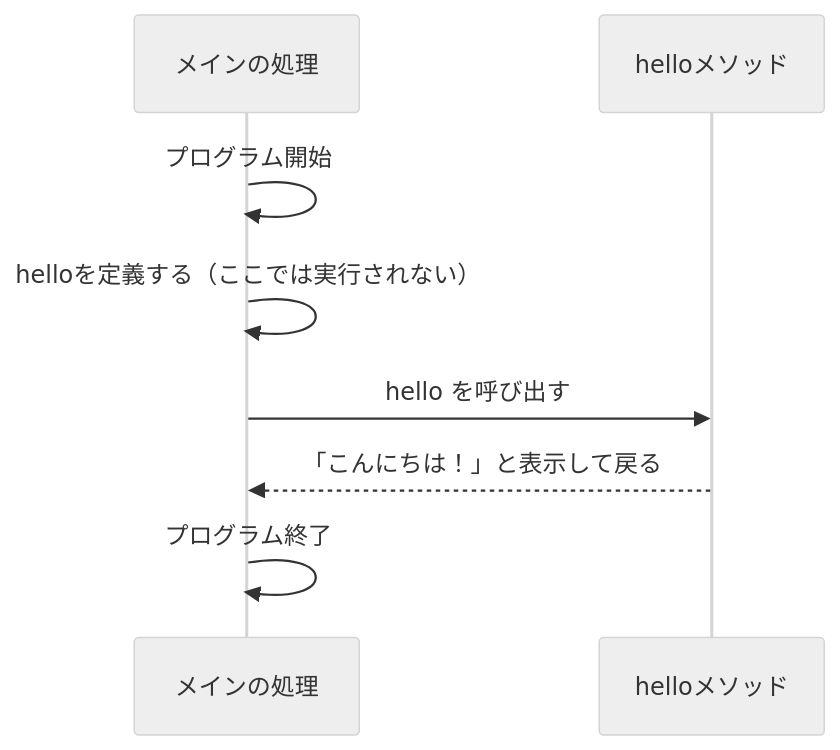
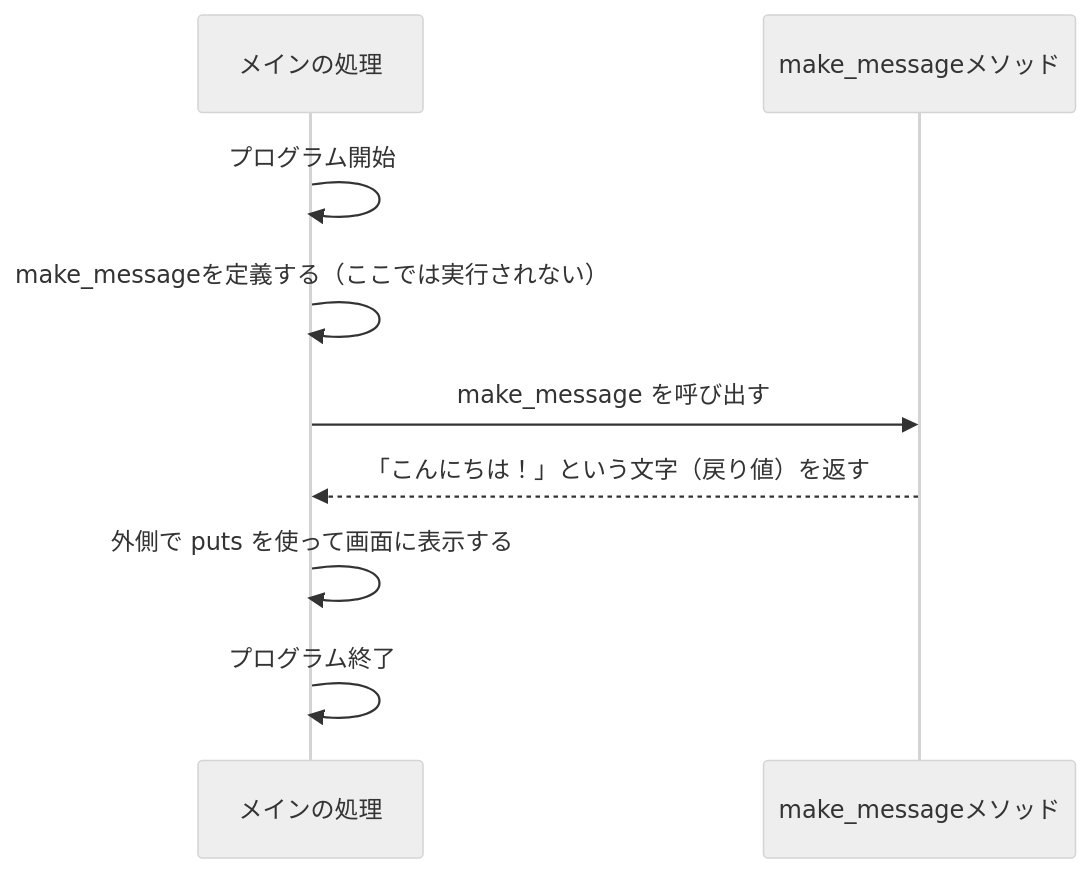
The first of 2 diagrams in 07/orientation.md (TORIFUKUKaiou/rails-dojo-year1-content), drawn with Mermaid (neutral theme) before and after one commit. The commit also changed other lines of this file, not shown here.

````diff
--- a/07/orientation.md
+++ b/07/orientation.md
@@ -109,11 +117,12 @@
 ```mermaid
 sequenceDiagram
     participant Main as メインの処理
-    participant Method as helloメソッド
+    participant Method as make_messageメソッド
 
     Main->>Main: プログラム開始
-    Main->>Main: helloを定義する（ここでは実行されない）
-    Main->>Method: hello を呼び出す
-    Method-->>Main: 「こんにちは！」と表示して戻る
+    Main->>Main: make_messageを定義する（ここでは実行されない）
+    Main->>Method: make_message を呼び出す
+    Method-->>Main: 「こんにちは！」という文字（戻り値）を返す
+    Main->>Main: 外側で puts を使って画面に表示する
     Main->>Main: プログラム終了
 ```
````
